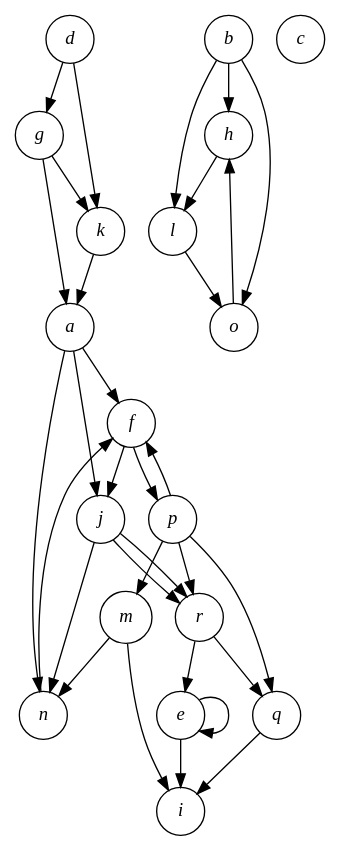
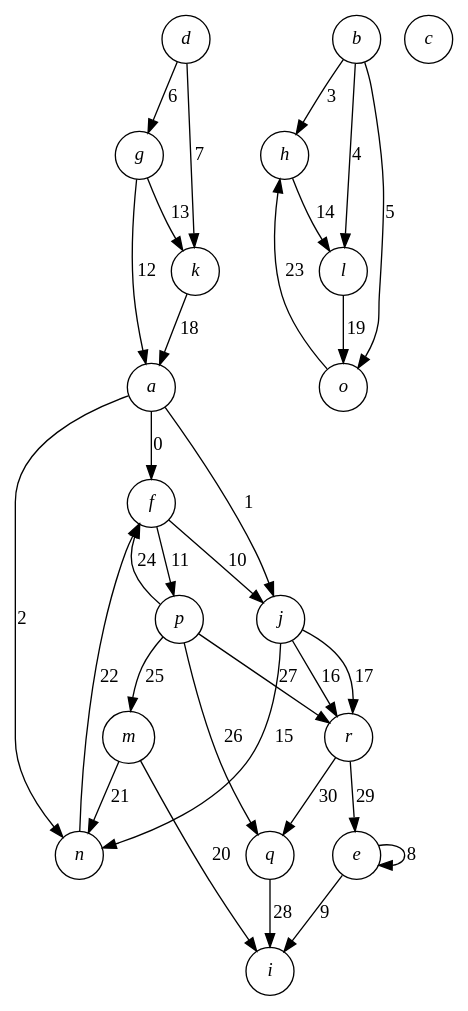
Before and after one commit to qbit86/arborescence: the diagram in src/Ubiquitous.Workbench/IndexedGraphs/08.gv, drawn with Graphviz.

Commit message:
Add edge labels

```diff
--- a/src/Ubiquitous.Workbench/IndexedGraphs/08.gv
+++ b/src/Ubiquitous.Workbench/IndexedGraphs/08.gv
@@ -1,35 +1,35 @@
 digraph Ordered {
   node [shape=circle fontname="Times-Italic"]
   a b c d e f g h i j k l m n o p q r
-  a -> f
-  a -> j
-  a -> n
-  b -> h
-  b -> l
-  b -> o
-  d -> g
-  d -> k
-  e -> e
-  e -> i
-  f -> j
-  f -> p
-  g -> a
-  g -> k
-  h -> l
-  j -> n
-  j -> r
-  j -> r
-  k -> a
-  l -> o
-  m -> i
-  m -> n
-  n -> f
-  o -> h
-  p -> f
-  p -> m
-  p -> q
-  p -> r
-  q -> i
-  r -> e
-  r -> q
+  a -> f [label=0]
+  a -> j [label=1]
+  a -> n [label=2]
+  b -> h [label=3]
+  b -> l [label=4]
+  b -> o [label=5]
+  d -> g [label=6]
+  d -> k [label=7]
+  e -> e [label=8]
+  e -> i [label=9]
+  f -> j [label=10]
+  f -> p [label=11]
+  g -> a [label=12]
+  g -> k [label=13]
+  h -> l [label=14]
+  j -> n [label=15]
+  j -> r [label=16]
+  j -> r [label=17]
+  k -> a [label=18]
+  l -> o [label=19]
+  m -> i [label=20]
+  m -> n [label=21]
+  n -> f [label=22]
+  o -> h [label=23]
+  p -> f [label=24]
+  p -> m [label=25]
+  p -> q [label=26]
+  p -> r [label=27]
+  q -> i [label=28]
+  r -> e [label=29]
+  r -> q [label=30]
 }
```
